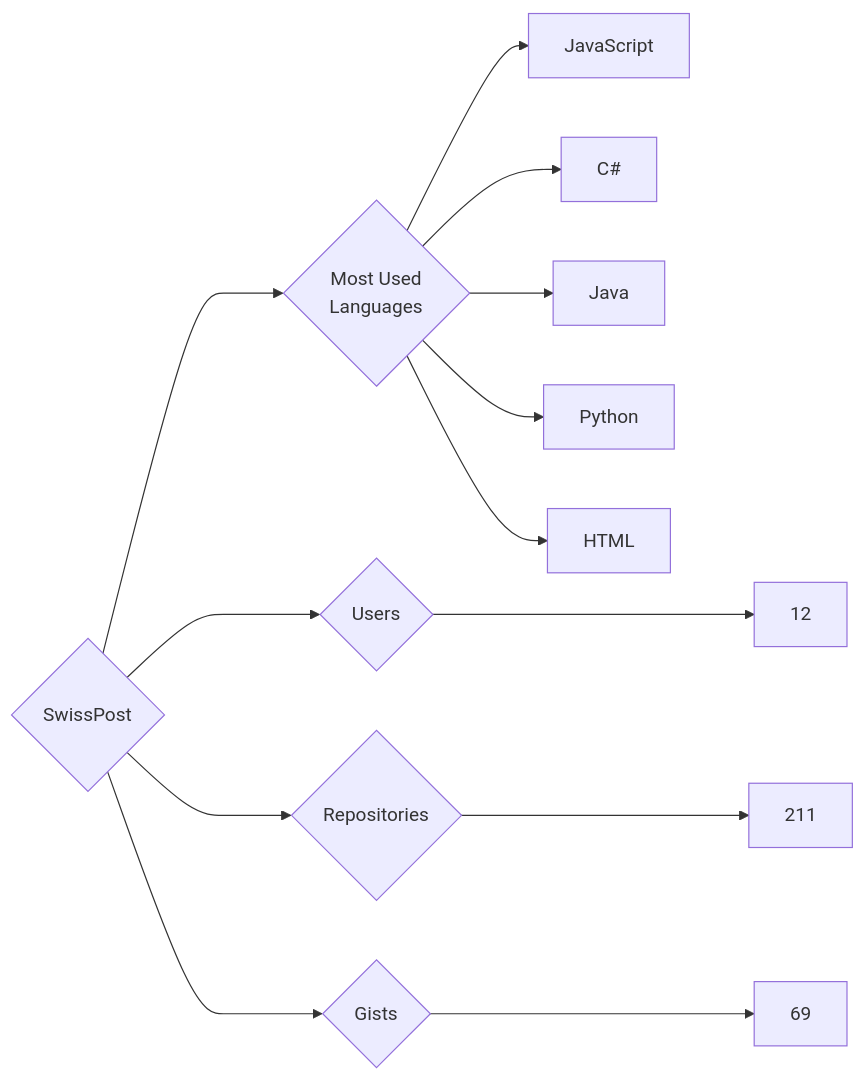
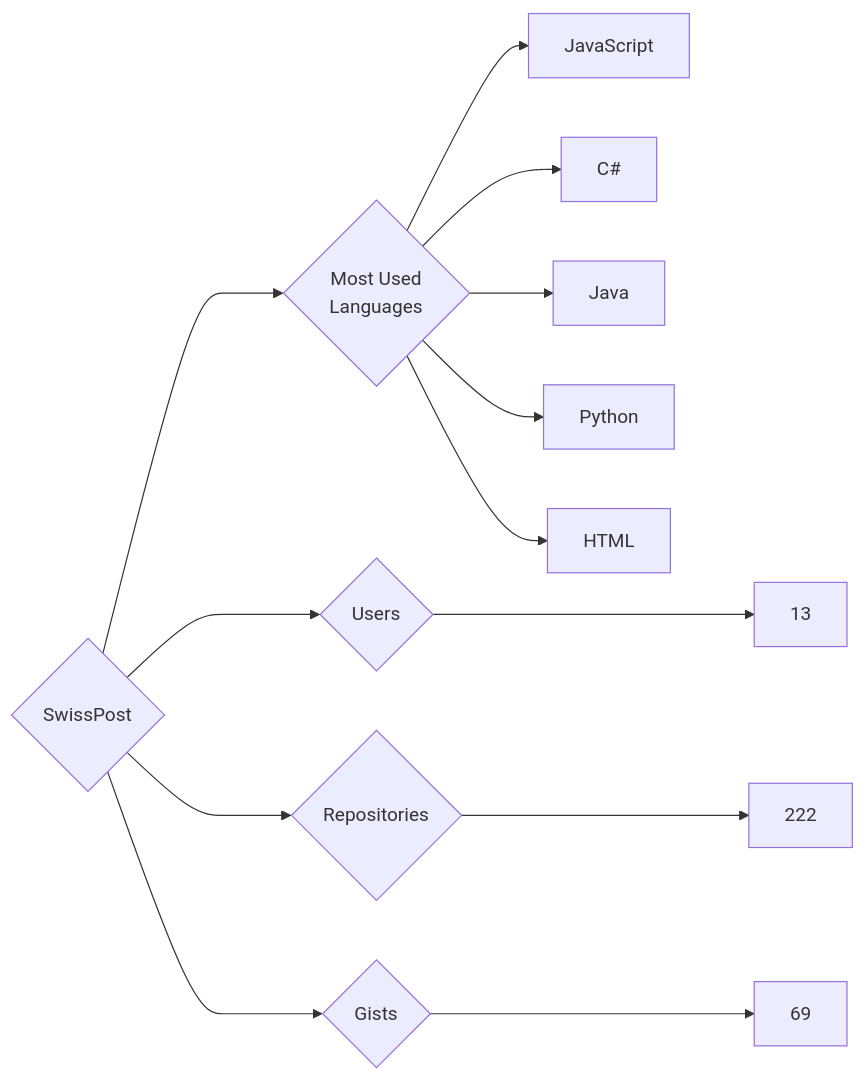
The diagram in targets/SwissPost/README.md (trickest/insiders), drawn with Mermaid before and after one commit. The commit also changed 1508 other files, not shown here.

````diff
--- a/targets/SwissPost/README.md
+++ b/targets/SwissPost/README.md
@@ -3,13 +3,13 @@
 ```mermaid
 graph LR
 COMPANY_NAME{SwissPost}
-COMPANY_NAME ---> U{Users} ---> UN[12]
-COMPANY_NAME ---> R{Repositories} ---> RN[211]
+COMPANY_NAME ---> U{Users} ---> UN[13]
+COMPANY_NAME ---> R{Repositories} ---> RN[222]
 COMPANY_NAME ---> G{Gists} ---> GN[69]
 COMPANY_NAME ---> ML{Most Used<br>Languages}
 ML --> JavaScript[JavaScript]
 ML --> C#[C#]
 ML --> Java[Java]
 ML --> Python[Python]
 ML --> HTML[HTML]
 ```
````
